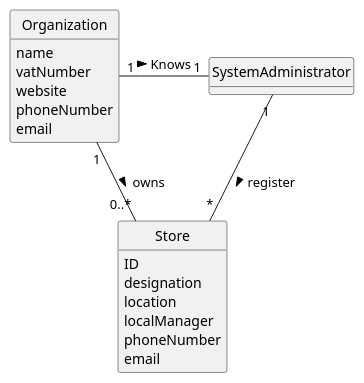
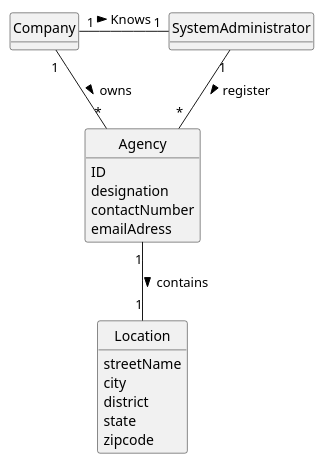
Before and after one commit to rita-barbosa/LAPR2-2223: the diagram in docs/sprintA/us005/02.analysis/puml/us005-domain-model.puml, drawn with PlantUML. The commit also changed 5 other files, not shown here.

```diff
--- a/docs/sprintA/us005/02.analysis/puml/us005-domain-model.puml
+++ b/docs/sprintA/us005/02.analysis/puml/us005-domain-model.puml
@@ -1,41 +1,39 @@
 @startuml
 skinparam monochrome true
 skinparam packageStyle rectangle
 skinparam shadowing false
 
 'left to right direction
 
 skinparam classAttributeIconSize 0
 
 hide circle
 hide methods
 
 
-class Organization {
-    name
-    vatNumber
-    website
-    phoneNumber
-    email
+class Company {
 }
 
-class Store {
+class Agency {
     ID
     designation
-    location
-    localManager
-    phoneNumber
-    email
-
+    contactNumber
+    emailAdress
 }
-
+class Location {
+    streetName
+    city
+    district
+    state
+    zipcode
+}
 class SystemAdministrator {
 
 }
 
 
-Organization "1" - "1" SystemAdministrator : Knows >
-Organization "1" - "0..*" Store: owns >
-SystemAdministrator "1" -- "*" Store : register >
-
+Company "1" - "1" SystemAdministrator : Knows >
+Company "1" - "*" Agency: owns >
+SystemAdministrator "1" -- "*" Agency : register >
+Agency "1" -- "1" Location: contains >
 @enduml
```
